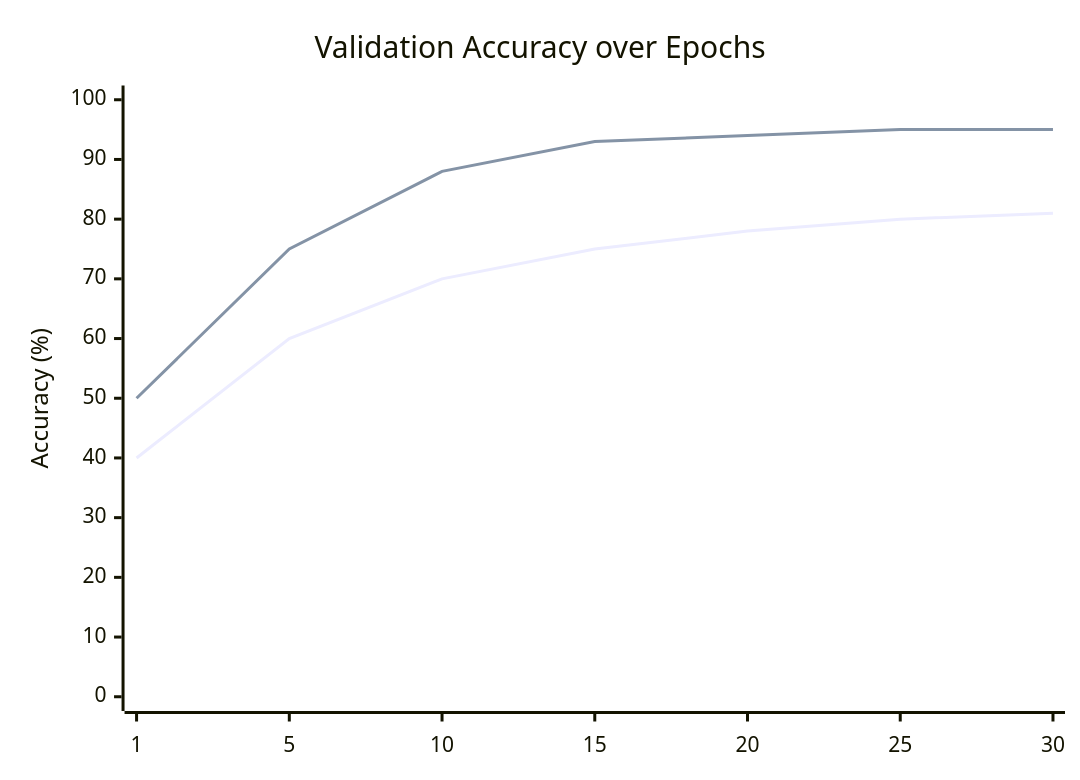
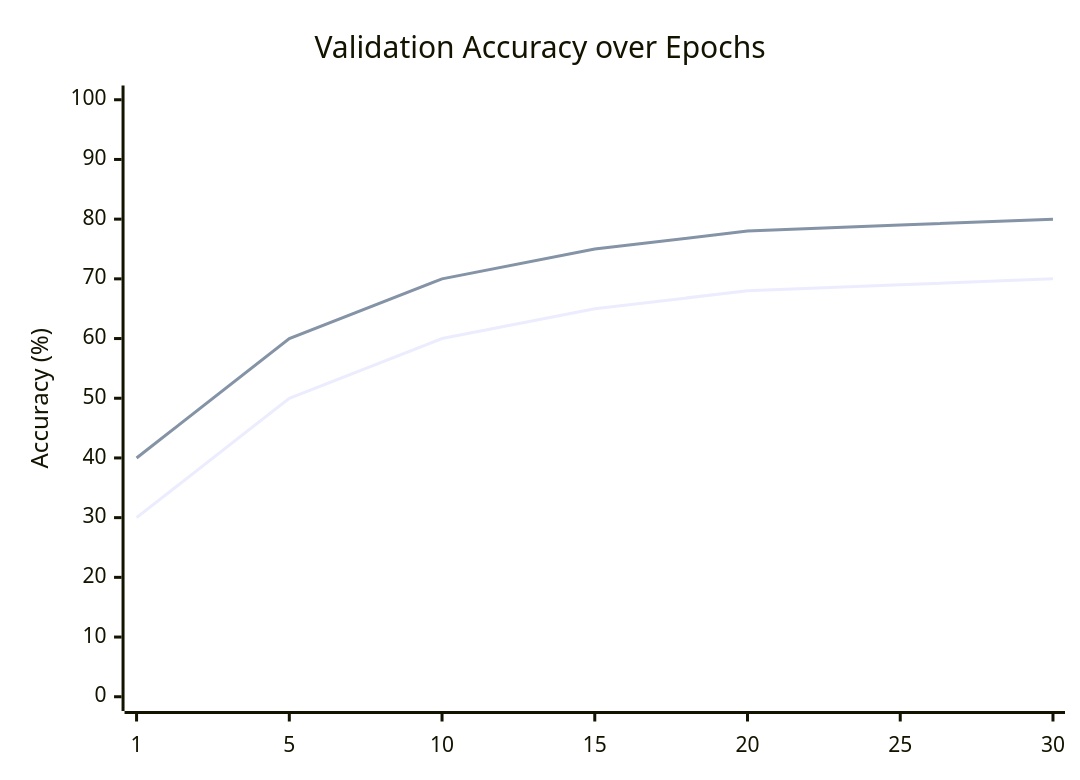
The diagram in docs/benchmarks.md (Epitech-2nd-Year-Projects/my_torch), drawn with Mermaid before and after one commit. The commit also changed other lines of this file, not shown here.

````diff
--- a/docs/benchmarks.md
+++ b/docs/benchmarks.md
@@ -46,7 +46,7 @@
 ```mermaid
 xychart-beta
     title "Validation Accuracy over Epochs"
     x-axis [1, 5, 10, 15, 20, 25, 30]
     y-axis "Accuracy (%)" 0 --> 100
-    line [40, 60, 70, 75, 78, 80, 81] line [50, 75, 88, 93, 94, 95, 95]
+    line [30, 50, 60, 65, 68, 69, 70] line [40, 60, 70, 75, 78, 79, 80]
 ```
````
